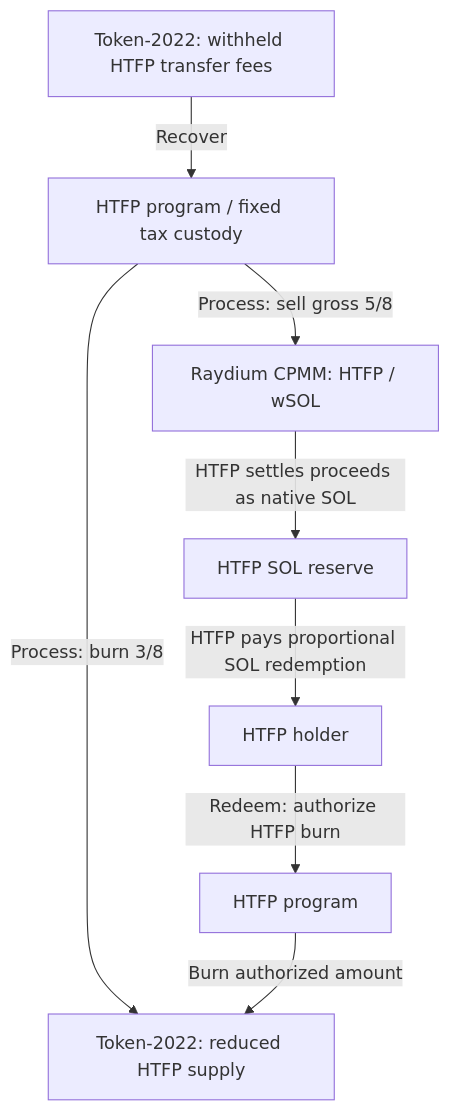
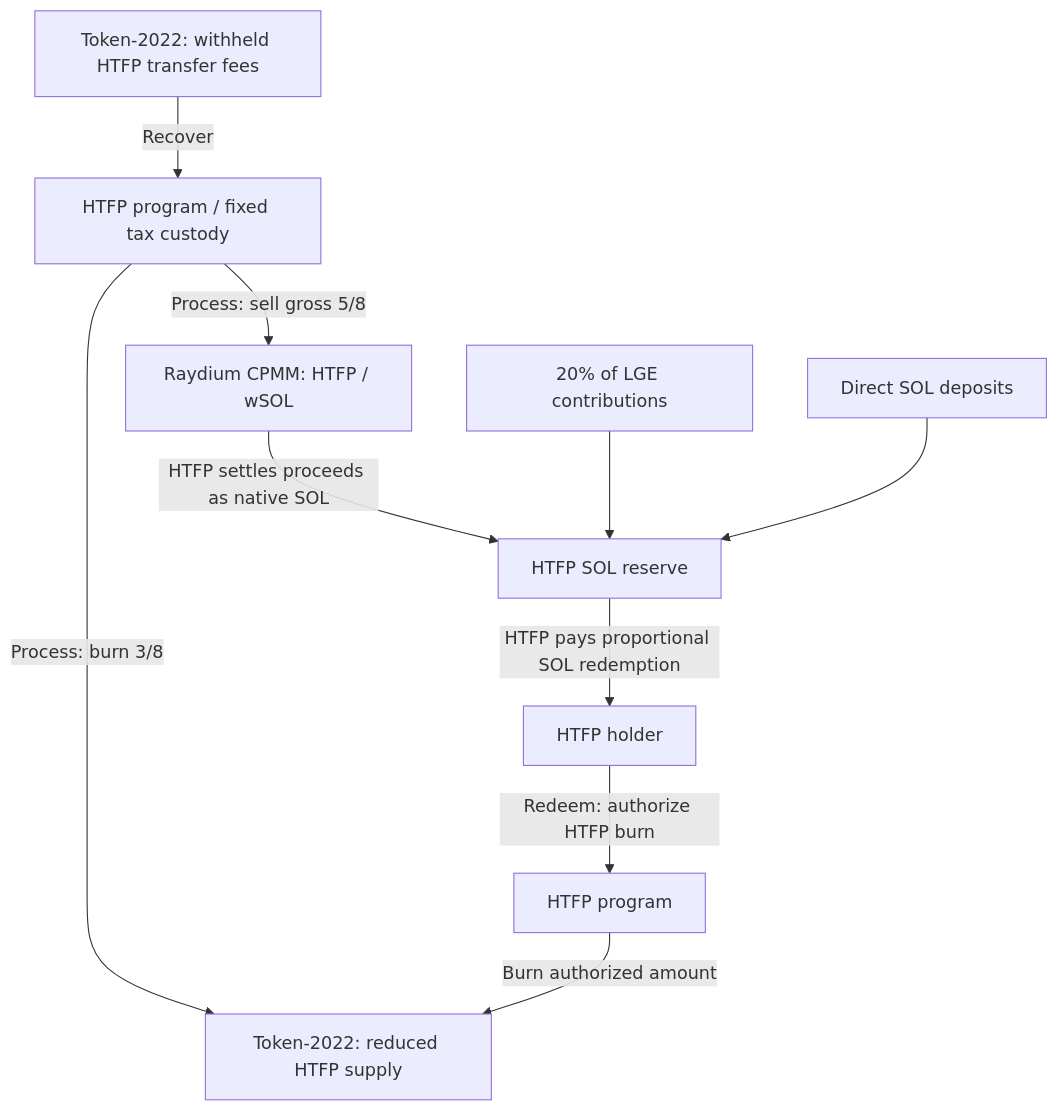
Before and after one commit to HoldTheFuckingPosition/HTFPtoken: the diagram in README.md, drawn with Mermaid. The commit also changed other lines of this file, not shown here.

First line of the commit message:
Explain SOL vault funding and distinguish backing from pool price

````diff
--- a/README.md
+++ b/README.md
@@ -21,10 +21,12 @@
 ```mermaid
 flowchart TD
     T["Token-2022: withheld HTFP transfer fees"] -->|Recover| H["HTFP program / fixed tax custody"]
     H -->|"Process: burn 3/8"| B["Token-2022: reduced HTFP supply"]
     H -->|"Process: sell gross 5/8"| P["Raydium CPMM: HTFP / wSOL"]
     P -->|"HTFP settles proceeds as native SOL"| V["HTFP SOL reserve"]
+    L["20% of LGE contributions"] --> V
+    D["Direct SOL deposits"] --> V
     U["HTFP holder"] -->|"Redeem: authorize HTFP burn"| R["HTFP program"]
     R -->|"Burn authorized amount"| B
     V -->|"HTFP pays proportional SOL redemption"| U
 ```
````
